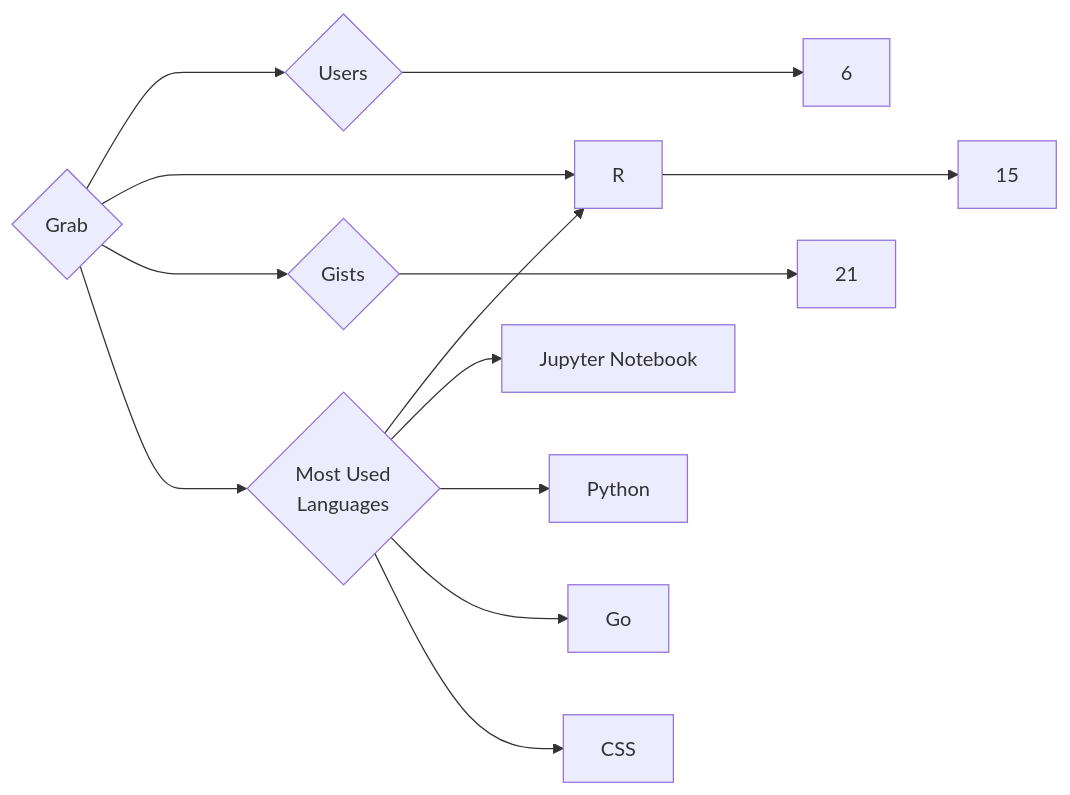
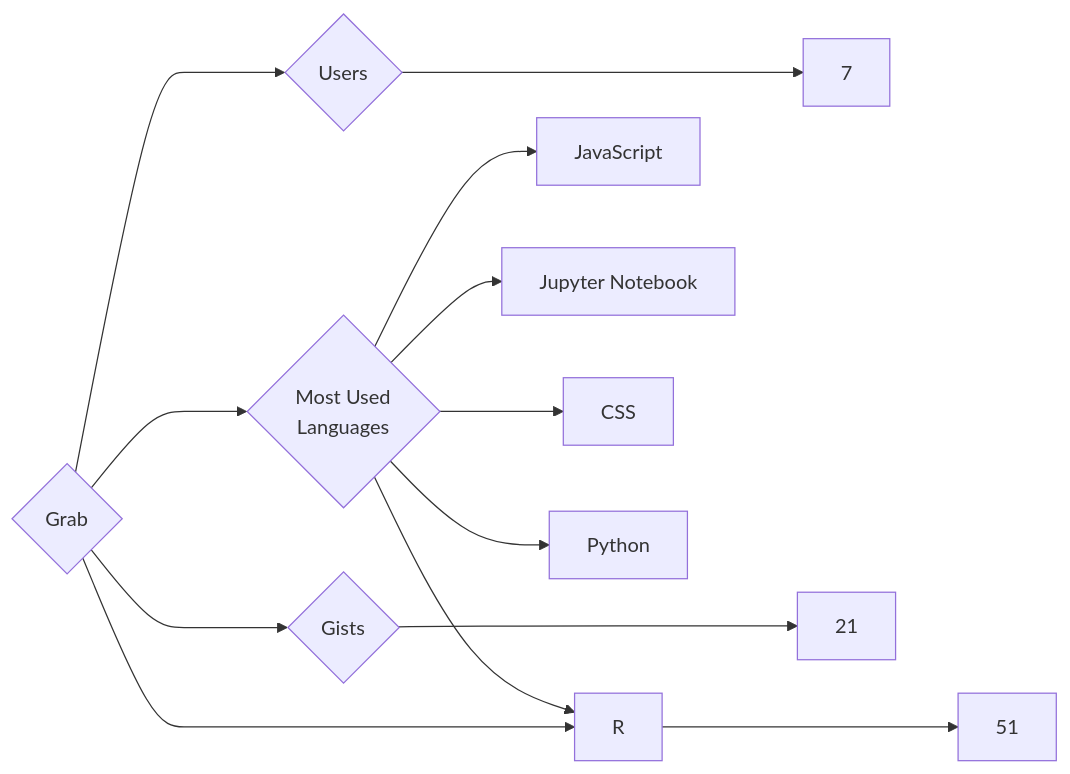
One commit to trickest/insiders changed the diagram in targets/Grab/README.md. Above: the diagram before and after it, drawn with Mermaid. The commit also changed 1089 other files, not shown here.

````diff
--- a/targets/Grab/README.md
+++ b/targets/Grab/README.md
@@ -3,13 +3,13 @@
 ```mermaid
 graph LR
 COMPANY_NAME{Grab}
-COMPANY_NAME ---> U{Users} ---> UN[6]
-COMPANY_NAME ---> R{Repositories} ---> RN[15]
+COMPANY_NAME ---> U{Users} ---> UN[7]
+COMPANY_NAME ---> R{Repositories} ---> RN[51]
 COMPANY_NAME ---> G{Gists} ---> GN[21]
 COMPANY_NAME ---> ML{Most Used<br>Languages}
+ML --> JavaScript[JavaScript]
 ML --> R[R]
 ML --> Jupyter_Notebook[Jupyter Notebook]
+ML --> CSS[CSS]
 ML --> Python[Python]
-ML --> Go[Go]
-ML --> CSS[CSS]
 ```
````
